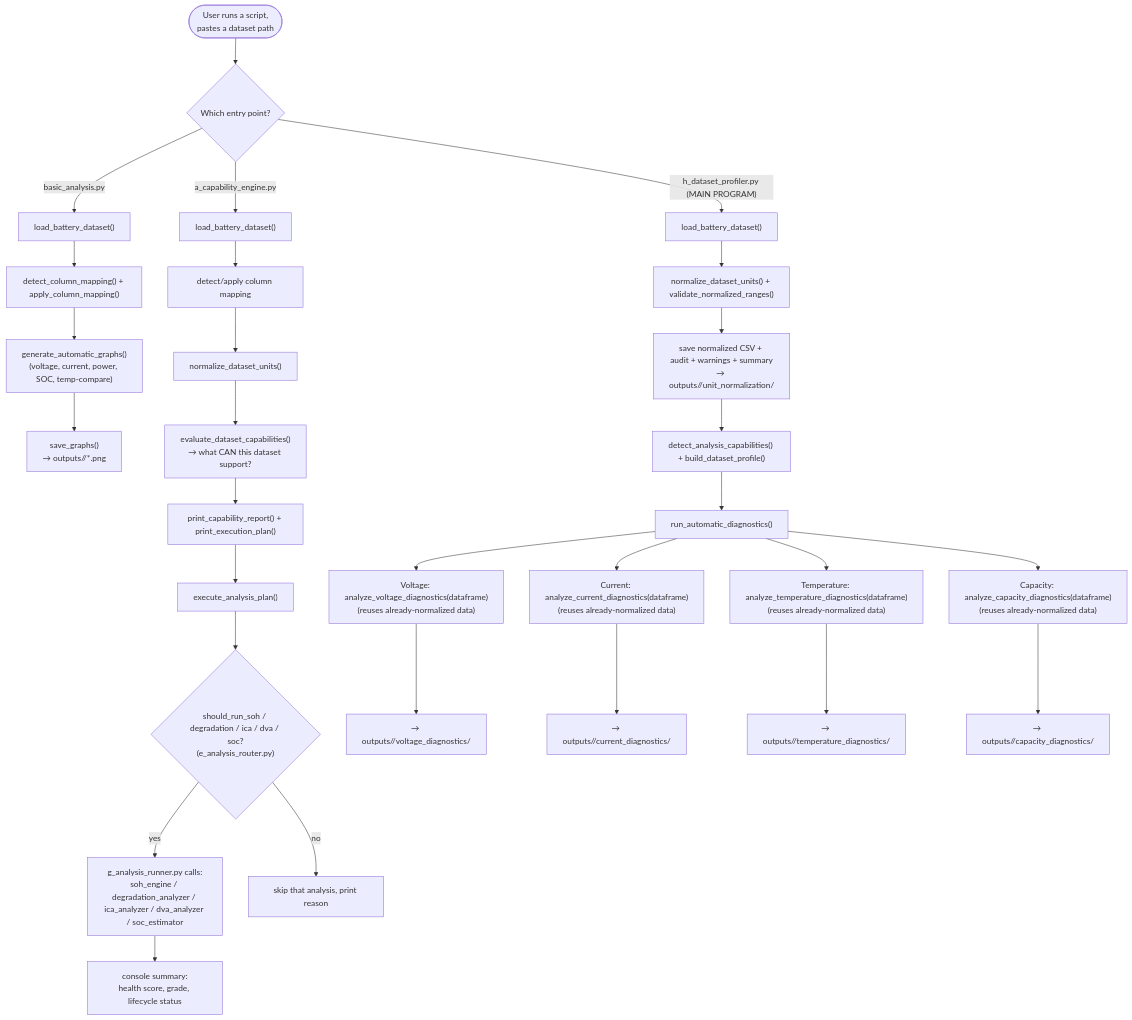
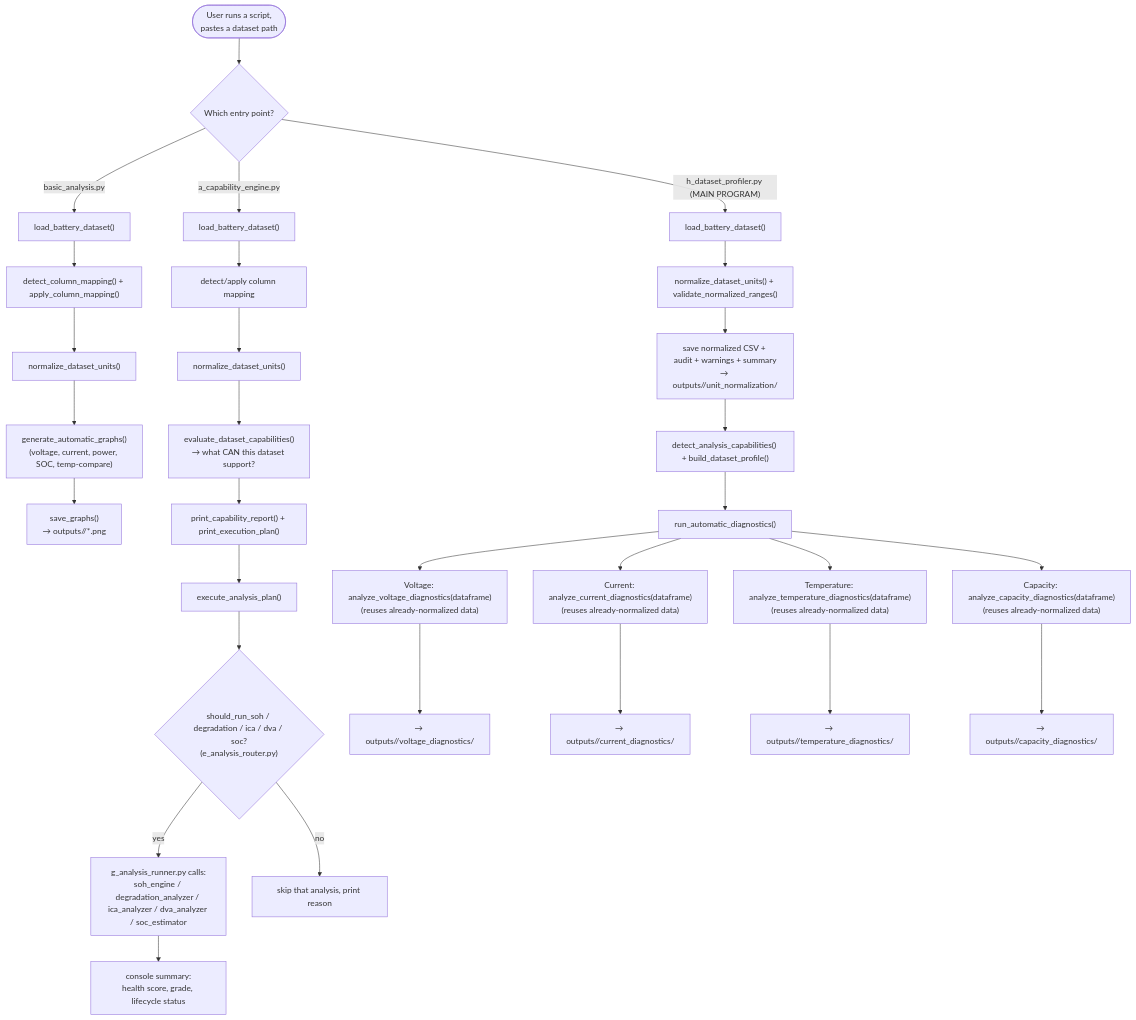
Before and after one commit to AnishLtts/battery-degradation-analysis: the second of 2 diagrams in battery_degradation_project/battery_intelligence_platform/ARCHITECTURE.md, drawn with Mermaid. The commit also changed other lines of this file and 11 other files, not shown here.

````diff
--- a/battery_degradation_project/battery_intelligence_platform/ARCHITECTURE.md
+++ b/battery_degradation_project/battery_intelligence_platform/ARCHITECTURE.md
@@ -179,34 +178,35 @@
 ```mermaid
 flowchart TD
     Start(["User runs a script,\npastes a dataset path"]) --> Which{"Which entry point?"}
 
     Which -->|"basic_analysis.py"| BA1["load_battery_dataset()"]
     BA1 --> BA2["detect_column_mapping() + apply_column_mapping()"]
-    BA2 --> BA3["generate_automatic_graphs()\n(voltage, current, power, SOC, temp-compare)"]
+    BA2 --> BAU["normalize_dataset_units()"]
+    BAU --> BA3["generate_automatic_graphs()\n(voltage, current, power, SOC, temp-compare)"]
     BA3 --> BA4["save_graphs()\n→ outputs/<name>/*.png"]
 
     Which -->|"a_capability_engine.py"| CE1["load_battery_dataset()"]
     CE1 --> CE2["detect/apply column mapping"]
     CE2 --> CE3["normalize_dataset_units()"]
     CE3 --> CE4["evaluate_dataset_capabilities()\n→ what CAN this dataset support?"]
     CE4 --> CE5["print_capability_report() + print_execution_plan()"]
     CE5 --> CE6["execute_analysis_plan()"]
     CE6 --> CE7{"should_run_soh / degradation / ica / dva / soc?\n(e_analysis_router.py)"}
     CE7 -->|yes| CE8["g_analysis_runner.py calls:\nsoh_engine / degradation_analyzer / ica_analyzer / dva_analyzer / soc_estimator"]
     CE7 -->|no| CE9["skip that analysis, print reason"]
     CE8 --> CE10["console summary:\nhealth score, grade, lifecycle status"]
 
     Which -->|"h_dataset_profiler.py (MAIN PROGRAM)"| DP1["load_battery_dataset()"]
     DP1 --> DP2["normalize_dataset_units() + validate_normalized_ranges()"]
     DP2 --> DP3["save normalized CSV + audit + warnings + summary\n→ outputs/<name>/unit_normalization/"]
     DP3 --> DP4["detect_analysis_capabilities() + build_dataset_profile()"]
     DP4 --> DP5["run_automatic_diagnostics()"]
     DP5 --> DP6a["Voltage: analyze_voltage_diagnostics(dataframe)\n(reuses already-normalized data)"]
     DP5 --> DP6b["Current: analyze_current_diagnostics(dataframe)\n(reuses already-normalized data)"]
     DP5 --> DP6c["Temperature: analyze_temperature_diagnostics(dataframe)\n(reuses already-normalized data)"]
     DP5 --> DP6d["Capacity: analyze_capacity_diagnostics(dataframe)\n(reuses already-normalized data)"]
     DP6a --> DP7["→ outputs/<name>/voltage_diagnostics/"]
     DP6b --> DP8["→ outputs/<name>/current_diagnostics/"]
     DP6c --> DP9["→ outputs/<name>/temperature_diagnostics/"]
     DP6d --> DP10["→ outputs/<name>/capacity_diagnostics/"]
 ```
````
